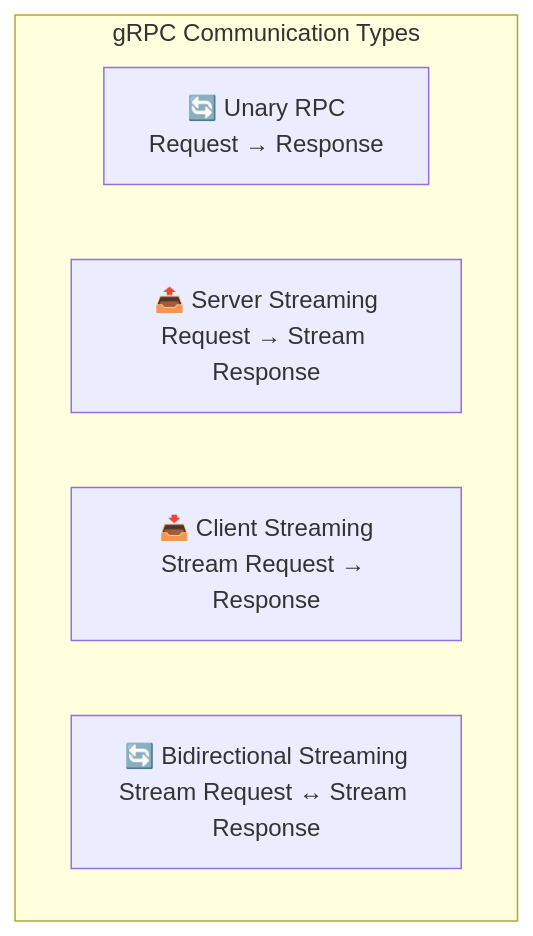
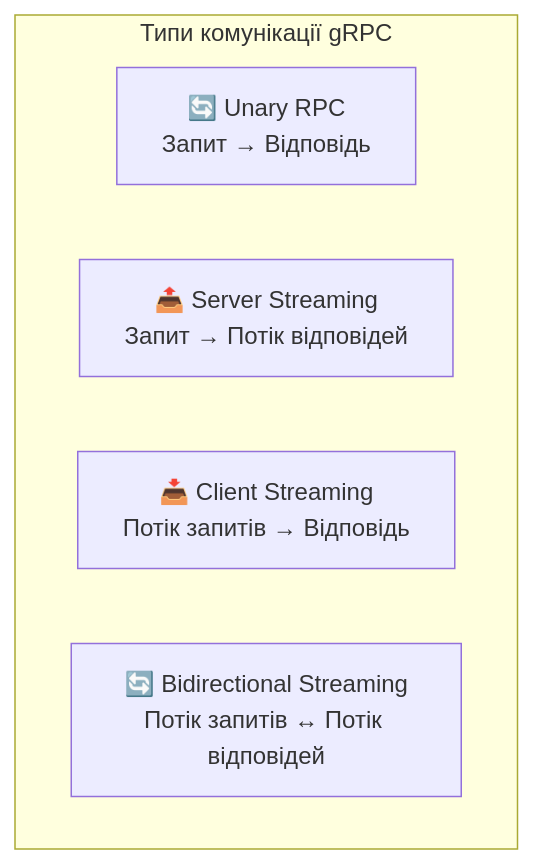
Before and after one commit to olroi421/course-web: the ninth of 19 diagrams in lectures/lecture-01.md, drawn with Mermaid. The commit also changed other lines of this file and 4 other files, not shown here.

````diff
--- a/lectures/lecture-01.md
+++ b/lectures/lecture-01.md
@@ -687,9 +725,9 @@
 ```mermaid
 graph TB
-    subgraph "gRPC Communication Types"
-        A[🔄 Unary RPC<br/>Request → Response]
-        B[📤 Server Streaming<br/>Request → Stream Response]
-        C[📥 Client Streaming<br/>Stream Request → Response]
-        D[🔄 Bidirectional Streaming<br/>Stream Request ↔ Stream Response]
+    subgraph "Типи комунікації gRPC"
+        A[🔄 Unary RPC<br/>Запит → Відповідь]
+        B[📤 Server Streaming<br/>Запит → Потік відповідей]
+        C[📥 Client Streaming<br/>Потік запитів → Відповідь]
+        D[🔄 Bidirectional Streaming<br/>Потік запитів ↔ Потік відповідей]
     end
 ```
````
